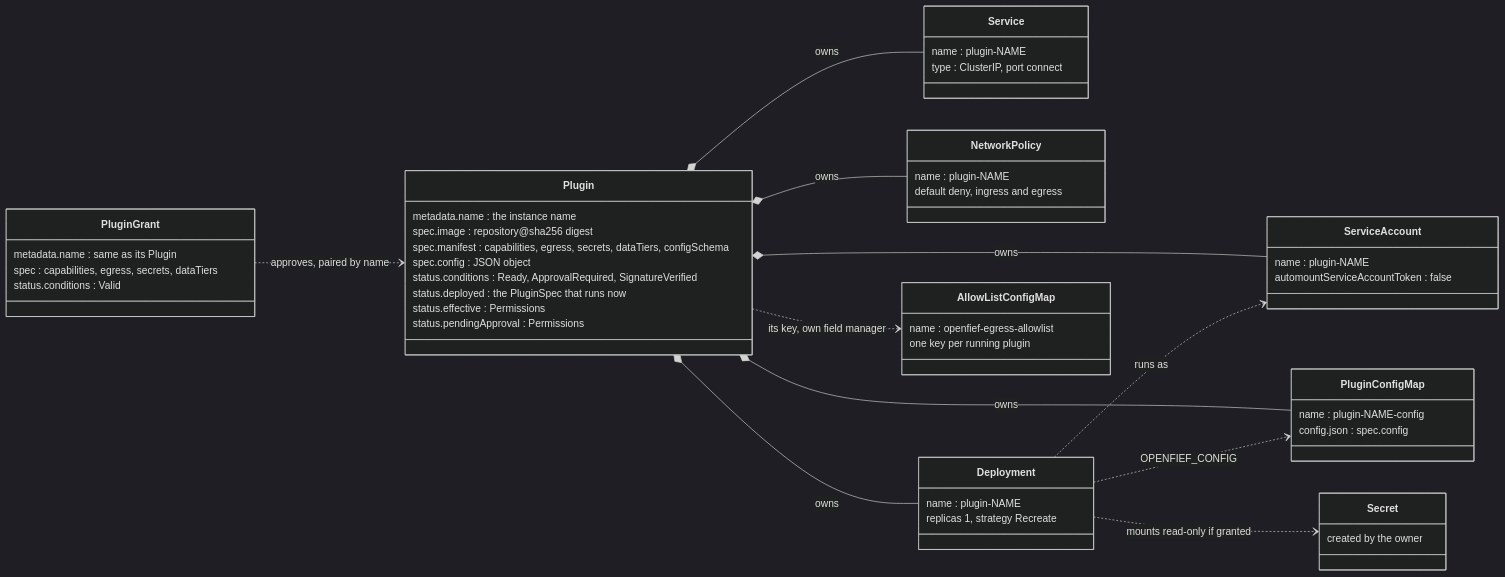
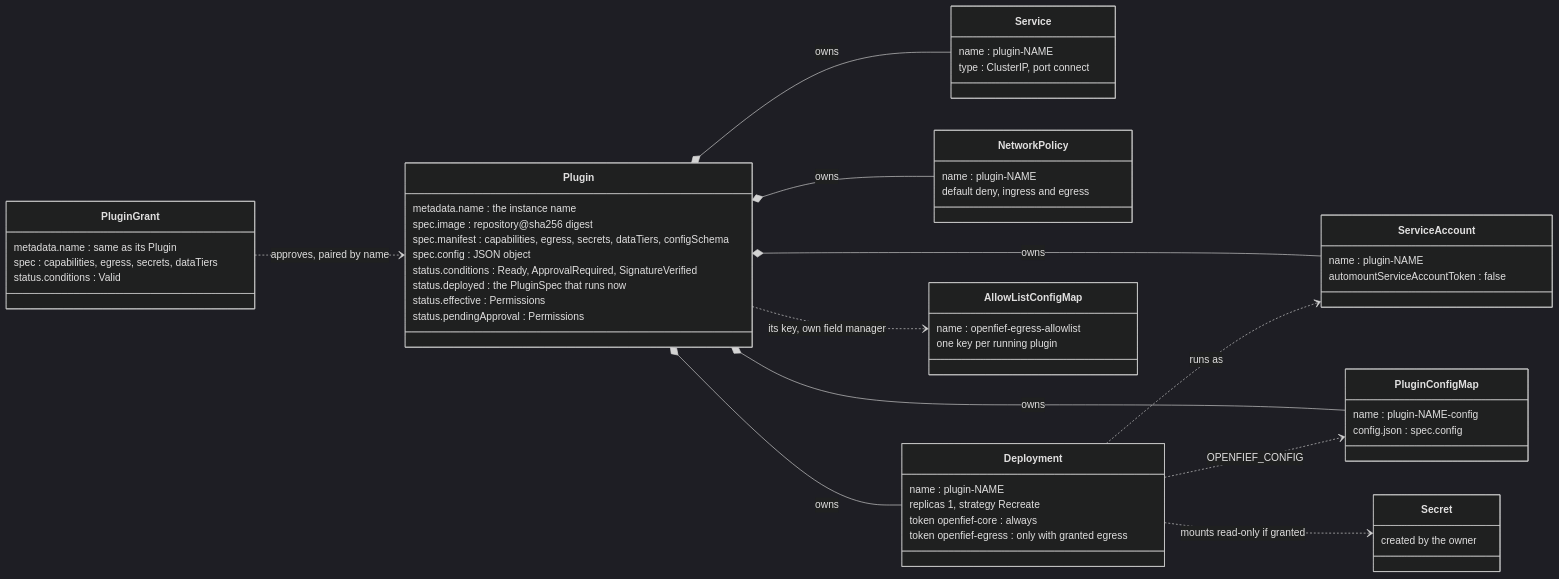
One commit to arkadiuss/openfief changed the first of 4 diagrams in docs/concepts/operator.md. Above: the diagram before and after it, drawn with Mermaid (dark theme). The commit also changed other lines of this file and 5 other files, not shown here.

First line of the commit message:
docs: bring architecture and concept pages up to main

````diff
--- a/docs/concepts/operator.md
+++ b/docs/concepts/operator.md
@@ -47,56 +47,58 @@
 ```mermaid
 classDiagram
   direction LR
   class Plugin {
     metadata.name : the instance name
     spec.image : repository@sha256 digest
     spec.manifest : capabilities, egress, secrets, dataTiers, configSchema
     spec.config : JSON object
     status.conditions : Ready, ApprovalRequired, SignatureVerified
     status.deployed : the PluginSpec that runs now
     status.effective : Permissions
     status.pendingApproval : Permissions
   }
   class PluginGrant {
     metadata.name : same as its Plugin
     spec : capabilities, egress, secrets, dataTiers
     status.conditions : Valid
   }
   class ServiceAccount {
     name : plugin-NAME
     automountServiceAccountToken : false
   }
   class PluginConfigMap {
     name : plugin-NAME-config
     config.json : spec.config
   }
   class Service {
     name : plugin-NAME
     type : ClusterIP, port connect
   }
   class NetworkPolicy {
     name : plugin-NAME
     default deny, ingress and egress
   }
   class Deployment {
     name : plugin-NAME
     replicas 1, strategy Recreate
+    token openfief-core : always
+    token openfief-egress : only with granted egress
   }
   class AllowListConfigMap {
     name : openfief-egress-allowlist
     one key per running plugin
   }
   class Secret {
     created by the owner
   }
   PluginGrant ..> Plugin : approves, paired by name
   Plugin *-- ServiceAccount : owns
   Plugin *-- PluginConfigMap : owns
   Plugin *-- Service : owns
   Plugin *-- NetworkPolicy : owns
   Plugin *-- Deployment : owns
   Plugin ..> AllowListConfigMap : its key, own field manager
   Deployment ..> ServiceAccount : runs as
   Deployment ..> PluginConfigMap : OPENFIEF_CONFIG
   Deployment ..> Secret : mounts read-only if granted
 ```
````
